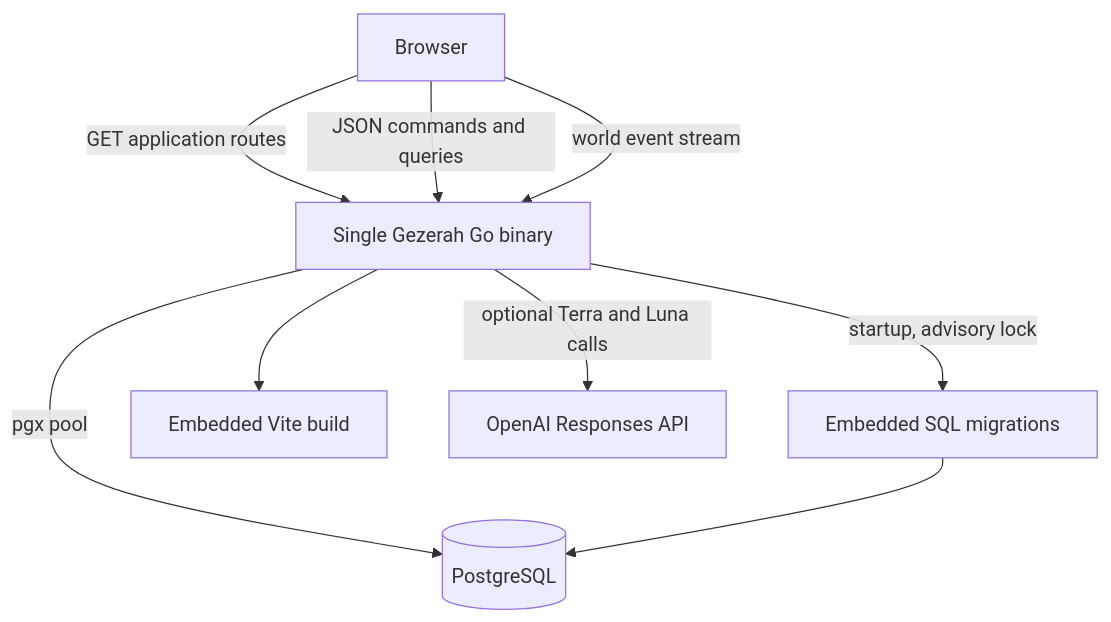
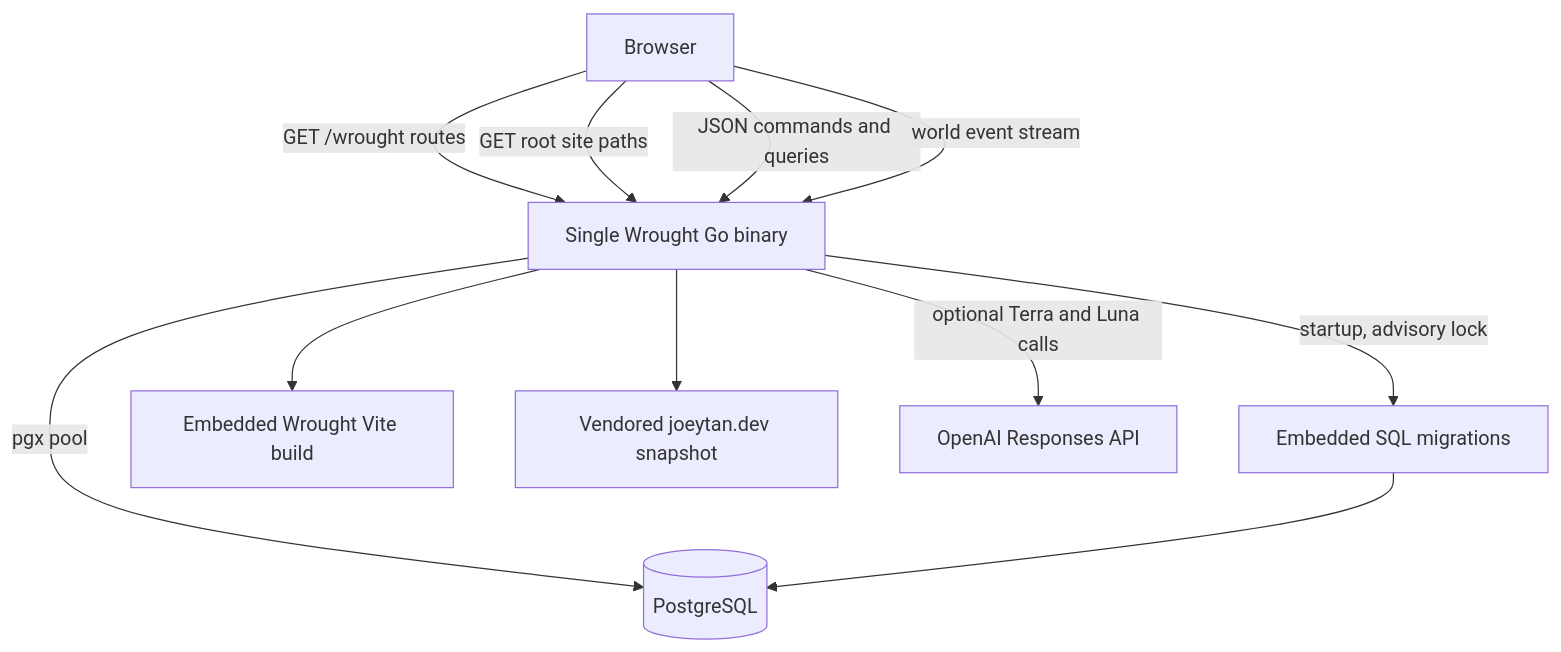
The first of 9 diagrams in docs/architecture.md (JTan2231/gezerah), drawn with Mermaid before and after one commit. The commit also changed other lines of this file and 150 other files, not shown here.

First line of the commit message:
Rebrand application as Wrought (#11)

````diff
--- a/docs/architecture.md
+++ b/docs/architecture.md
@@ -39,18 +39,21 @@
 ```mermaid
 flowchart TB
     Client[Browser]
-    Binary[Single Gezerah Go binary]
+    Binary[Single Wrought Go binary]
     Migrations[Embedded SQL migrations]
-    Static[Embedded Vite build]
+    App[Embedded Wrought Vite build]
+    Site[Vendored joeytan.dev snapshot]
     Postgres[(PostgreSQL)]
     OpenAI[OpenAI Responses API]
 
-    Client -->|GET application routes| Binary
-    Binary --> Static
+    Client -->|GET /wrought routes| Binary
+    Client -->|GET root site paths| Binary
+    Binary --> App
+    Binary --> Site
     Client -->|JSON commands and queries| Binary
     Client -->|world event stream| Binary
     Binary -->|pgx pool| Postgres
     Binary -->|optional Terra and Luna calls| OpenAI
     Binary -->|startup, advisory lock| Migrations
     Migrations --> Postgres
 ```
````
